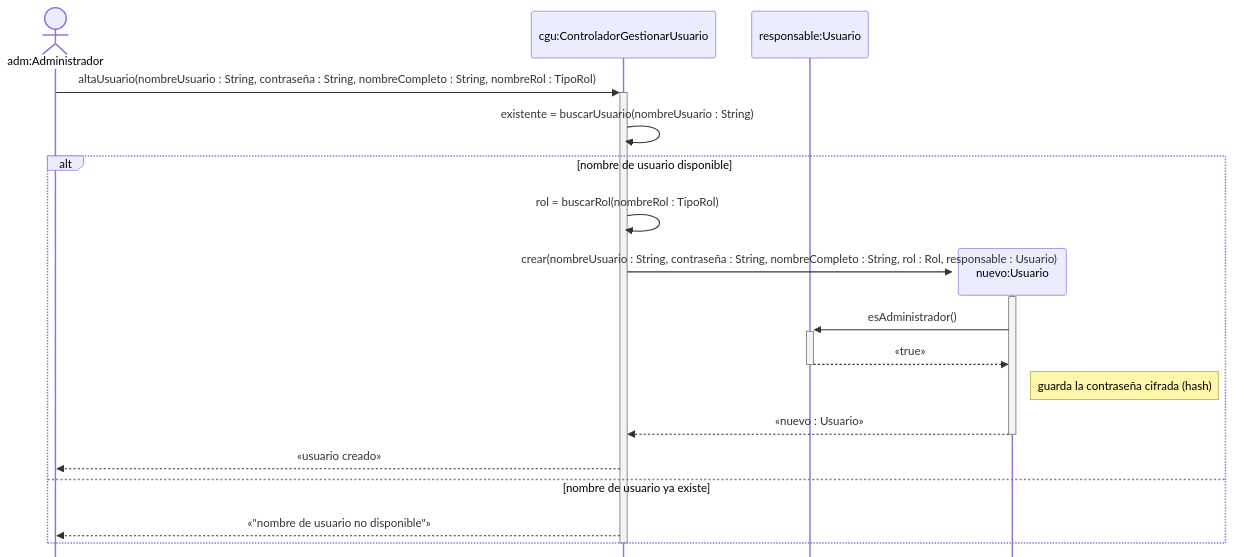
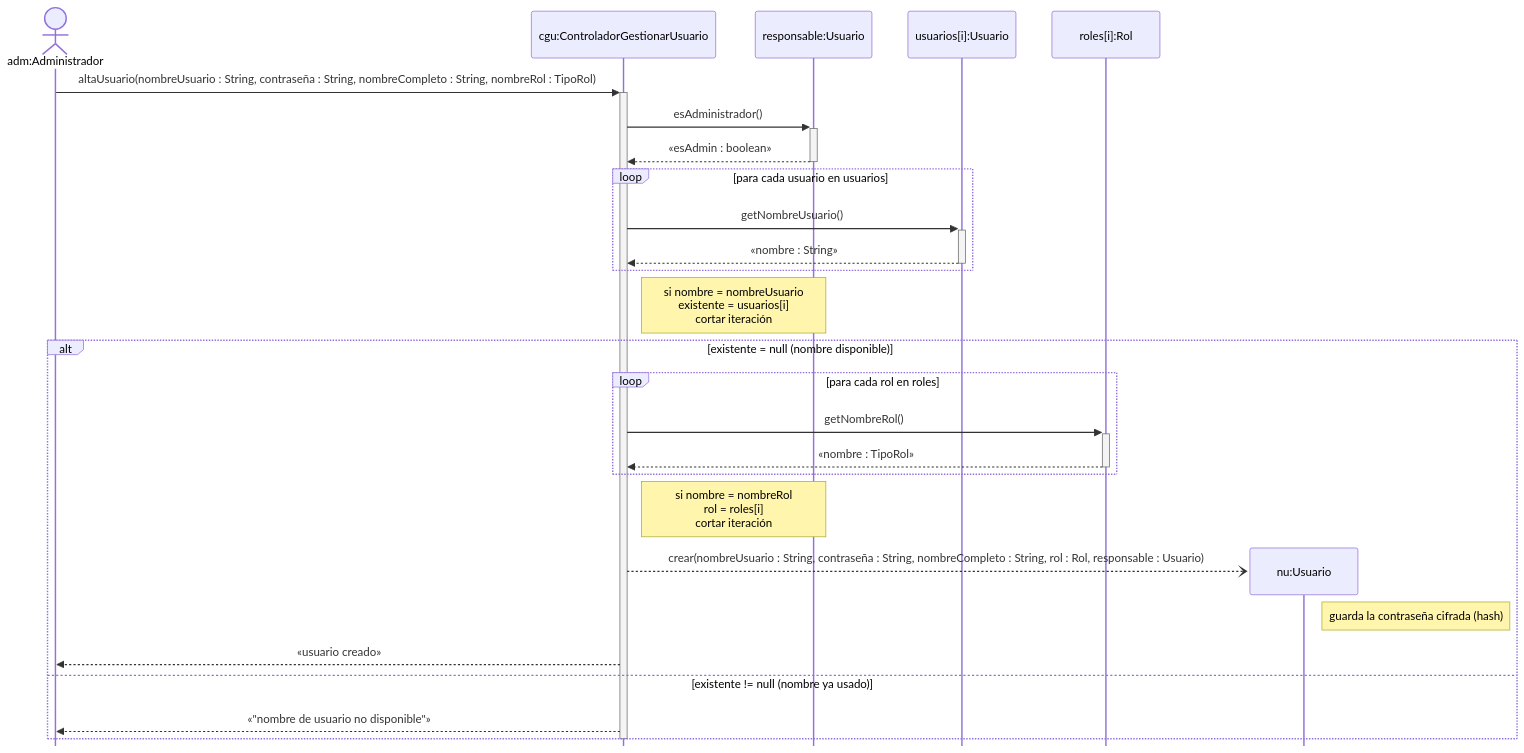
The second of 12 diagrams in 08-Diagrama De Secuencia/Diagramas_de_Secuencia.md (cirotop/Stock-Project), drawn with Mermaid before and after one commit. The commit also changed other lines of this file, not shown here.

````diff
--- a/08-Diagrama De Secuencia/Diagramas_de_Secuencia.md
+++ b/08-Diagrama De Secuencia/Diagramas_de_Secuencia.md
@@ -56,23 +66,32 @@
 ```mermaid
 %%{init: {"sequence": {"mirrorActors": false}, "themeCSS": ".loopLine { stroke-dasharray: none !important; stroke-width: 1.5px !important; }"}}%%
 sequenceDiagram
     actor adm as adm:Administrador
     participant cgu as cgu:ControladorGestionarUsuario
     participant resp as responsable:Usuario
+    participant ui as usuarios[i]:Usuario
+    participant ri as roles[i]:Rol
 
     adm->>+cgu: altaUsuario(nombreUsuario : String, contraseña : String, nombreCompleto : String, nombreRol : TipoRol)
-    cgu->>cgu: existente = buscarUsuario(nombreUsuario : String)
-    alt nombre de usuario disponible
-        cgu->>cgu: rol = buscarRol(nombreRol : TipoRol)
-        create participant nu as nuevo:Usuario
-        cgu->>+nu: crear(nombreUsuario : String, contraseña : String, nombreCompleto : String, rol : Rol, responsable : Usuario)
-        nu->>+resp: esAdministrador()
-        resp-->>-nu: «true»
+    cgu->>+resp: esAdministrador()
+    resp-->>-cgu: «esAdmin : boolean»
+    loop para cada usuario en usuarios
+        cgu->>+ui: getNombreUsuario()
+        ui-->>-cgu: «nombre : String»
+    end
+    Note right of cgu: si nombre = nombreUsuario<br/>existente = usuarios[i]<br/>cortar iteración
+    alt existente = null (nombre disponible)
+        loop para cada rol en roles
+            cgu->>+ri: getNombreRol()
+            ri-->>-cgu: «nombre : TipoRol»
+        end
+        Note right of cgu: si nombre = nombreRol<br/>rol = roles[i]<br/>cortar iteración
+        create participant nu as nu:Usuario
+        cgu--)nu: crear(nombreUsuario : String, contraseña : String, nombreCompleto : String, rol : Rol, responsable : Usuario)
         Note right of nu: guarda la contraseña cifrada (hash)
-        nu-->>-cgu: «nuevo : Usuario»
         cgu-->>adm: «usuario creado»
-    else nombre de usuario ya existe
+    else existente != null (nombre ya usado)
         cgu-->>adm: «"nombre de usuario no disponible"»
     end
     deactivate cgu
 ```
````
